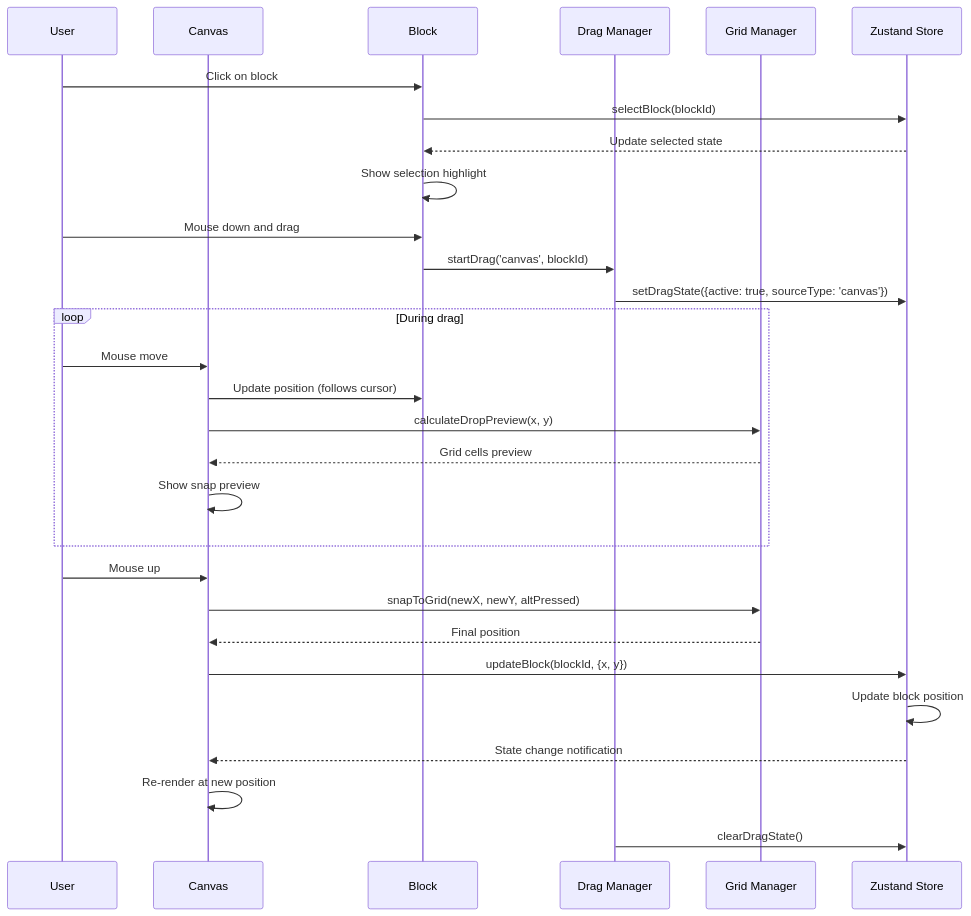
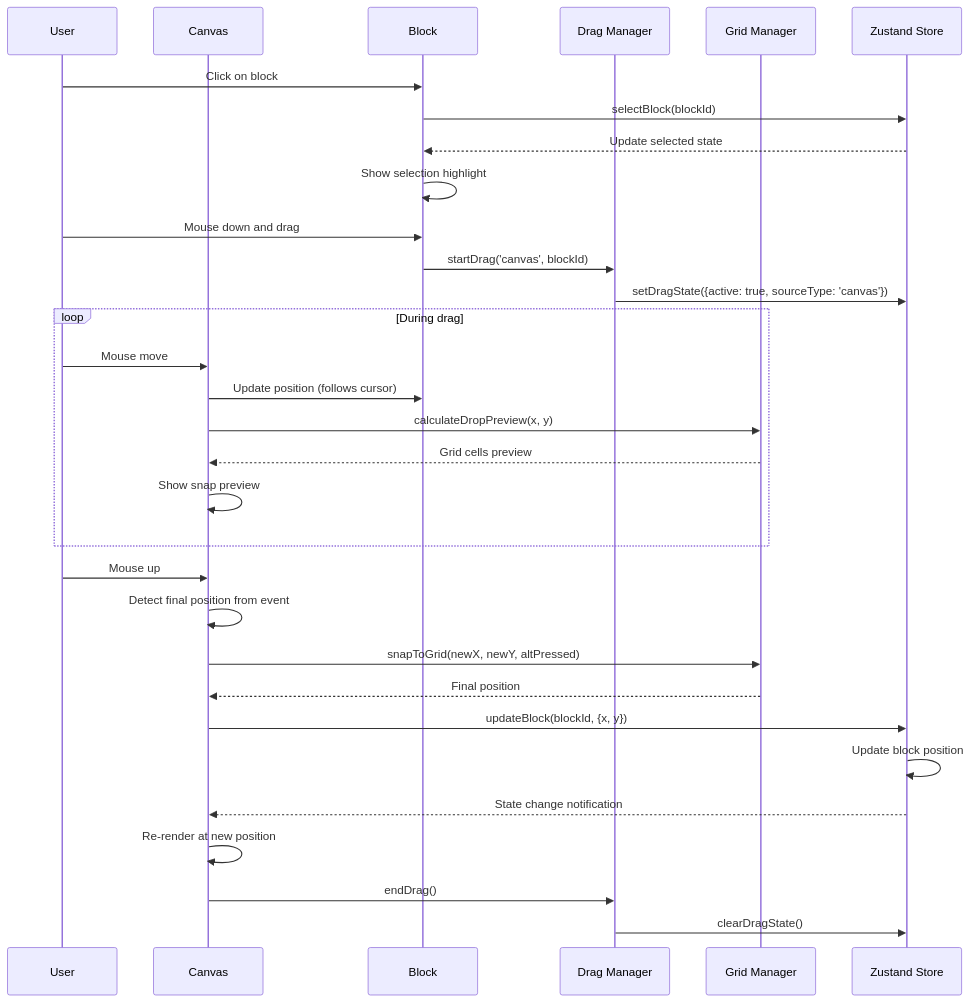
Before and after one commit to litkeys/DraftCN: the second of 5 diagrams in docs/architecture/core-workflows.md, drawn with Mermaid. The commit also changed other lines of this file and 8 other files, not shown here.

````diff
--- a/docs/architecture/core-workflows.md
+++ b/docs/architecture/core-workflows.md
@@ -42,35 +44,37 @@
 ```mermaid
 sequenceDiagram
     participant User
     participant Canvas
     participant Block
     participant DragMgr as Drag Manager
     participant GridMgr as Grid Manager
     participant Store as Zustand Store
 
     User->>Block: Click on block
     Block->>Store: selectBlock(blockId)
     Store-->>Block: Update selected state
     Block->>Block: Show selection highlight
     
     User->>Block: Mouse down and drag
     Block->>DragMgr: startDrag('canvas', blockId)
     DragMgr->>Store: setDragState({active: true, sourceType: 'canvas'})
     
     loop During drag
         User->>Canvas: Mouse move
         Canvas->>Block: Update position (follows cursor)
         Canvas->>GridMgr: calculateDropPreview(x, y)
         GridMgr-->>Canvas: Grid cells preview
         Canvas->>Canvas: Show snap preview
     end
     
     User->>Canvas: Mouse up
+    Canvas->>Canvas: Detect final position from event
     Canvas->>GridMgr: snapToGrid(newX, newY, altPressed)
     GridMgr-->>Canvas: Final position
     Canvas->>Store: updateBlock(blockId, {x, y})
     Store->>Store: Update block position
     Store-->>Canvas: State change notification
     Canvas->>Canvas: Re-render at new position
+    Canvas->>DragMgr: endDrag()
     DragMgr->>Store: clearDragState()
 ```
````
